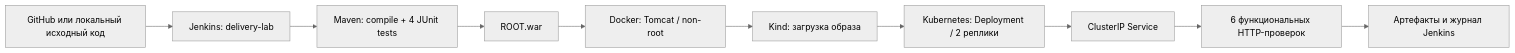
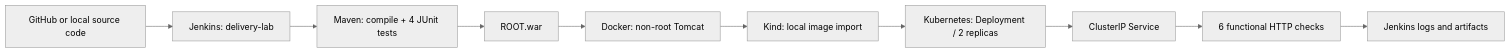
The diagram in README.md (hundrik3/devops), drawn with Mermaid (neutral theme) before and after one commit. The commit also changed other lines of this file and 3 other files, not shown here.

````diff
--- a/README.md
+++ b/README.md
@@ -19,12 +19,12 @@
 ```mermaid
 flowchart LR
-    source[GitHub или локальный исходный код] --> jenkins[Jenkins: delivery-lab]
+    source[GitHub or local source code] --> jenkins[Jenkins: delivery-lab]
     jenkins --> maven[Maven: compile + 4 JUnit tests]
     maven --> war[ROOT.war]
-    war --> docker[Docker: Tomcat / non-root]
-    docker --> load[Kind: загрузка образа]
-    load --> deployment[Kubernetes: Deployment / 2 реплики]
+    war --> docker[Docker: non-root Tomcat]
+    docker --> load[Kind: local image import]
+    load --> deployment[Kubernetes: Deployment / 2 replicas]
     deployment --> service[ClusterIP Service]
-    service --> smoke[6 функциональных HTTP-проверок]
-    smoke --> evidence[Артефакты и журнал Jenkins]
+    service --> smoke[6 functional HTTP checks]
+    smoke --> evidence[Jenkins logs and artifacts]
 ```
````
